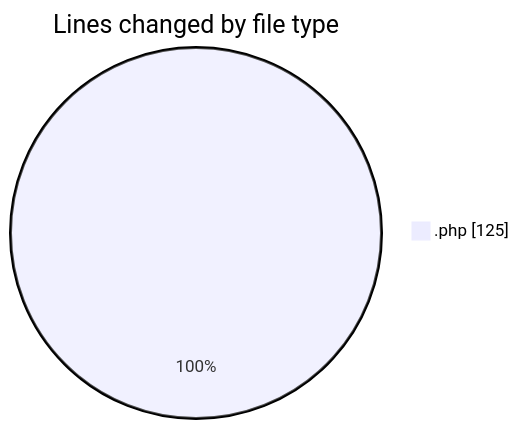
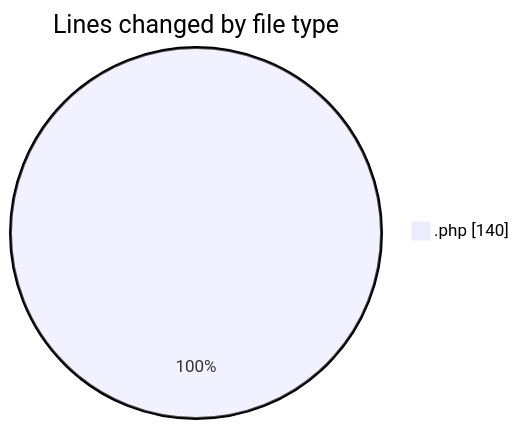
One commit to LanceThiago/code-tracking changed the first of 2 diagrams in 2026-09-01/web/README.md. Above: the diagram before and after it, drawn with Mermaid. The commit also changed other lines of this file and 1 other file, not shown here.

````diff
--- a/2026-09-01/web/README.md
+++ b/2026-09-01/web/README.md
@@ -22,5 +22,5 @@
 ```mermaid
 pie showData
 title Lines changed by file type
-".php" : 125
+".php" : 140
 ```
````
